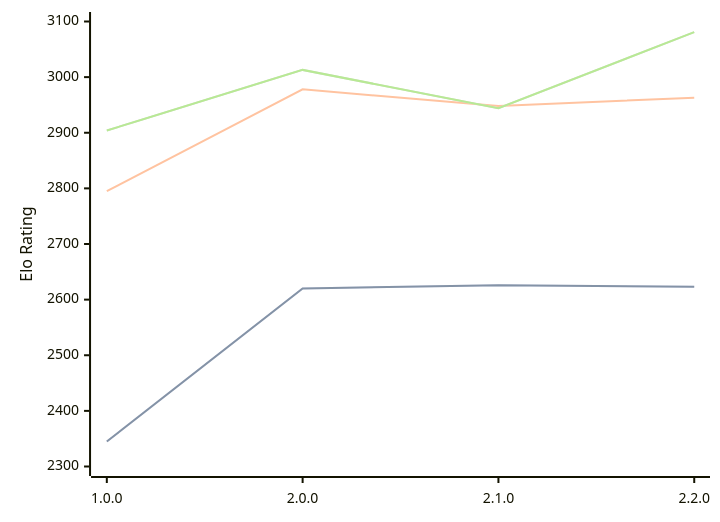
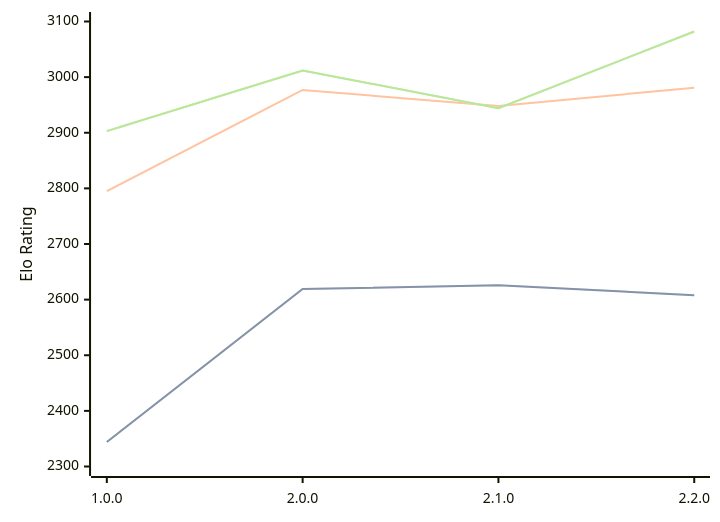
One commit to computer-chess-index/cci changed the diagram in engines/Catalyst.md. Above: the diagram before and after it, drawn with Mermaid. The commit also changed other lines of this file, not shown here.

Commit message:
Update CCI Ratings (ELO VLTC) - 2026-04-06

````diff
--- a/engines/Catalyst.md
+++ b/engines/Catalyst.md
@@ -34,11 +34,11 @@
 ```mermaid
 %%{init: {"theme":"base","themeVariables":{"seriesColors:['#a3a3a3','#222221','#faa371']}}}%%
 xychart-beta
   x-axis ["1.0.0", "2.0.0", "2.1.0", "2.2.0"]
   y-axis "Elo Rating" 2300 --> 3100
-  line "STC (8.0+0.08s)" [2345, 2620, 2626, 2623]
-  line "STC (8.0+0.08s)" [2345, 2620, 2626, 2623]
-  line "LTC (60.0+0.60s)" [2795, 2978, 2948, 2963]
-  line "VLTC (2m24s+1.12s)" [2904, 3013, 2944, 3081]
-  line "VLTC (2m24s+1.12s)" [2904, 3013, 2944, 3081]
+  line "STC (8.0+0.08s)" [2344, 2619, 2626, 2608]
+  line "STC (8.0+0.08s)" [2344, 2619, 2626, 2608]
+  line "LTC (60.0+0.60s)" [2795, 2977, 2948, 2981]
+  line "VLTC (2m24s+1.12s)" [2903, 3012, 2944, 3082]
+  line "VLTC (2m24s+1.12s)" [2903, 3012, 2944, 3082]
 ```
````
